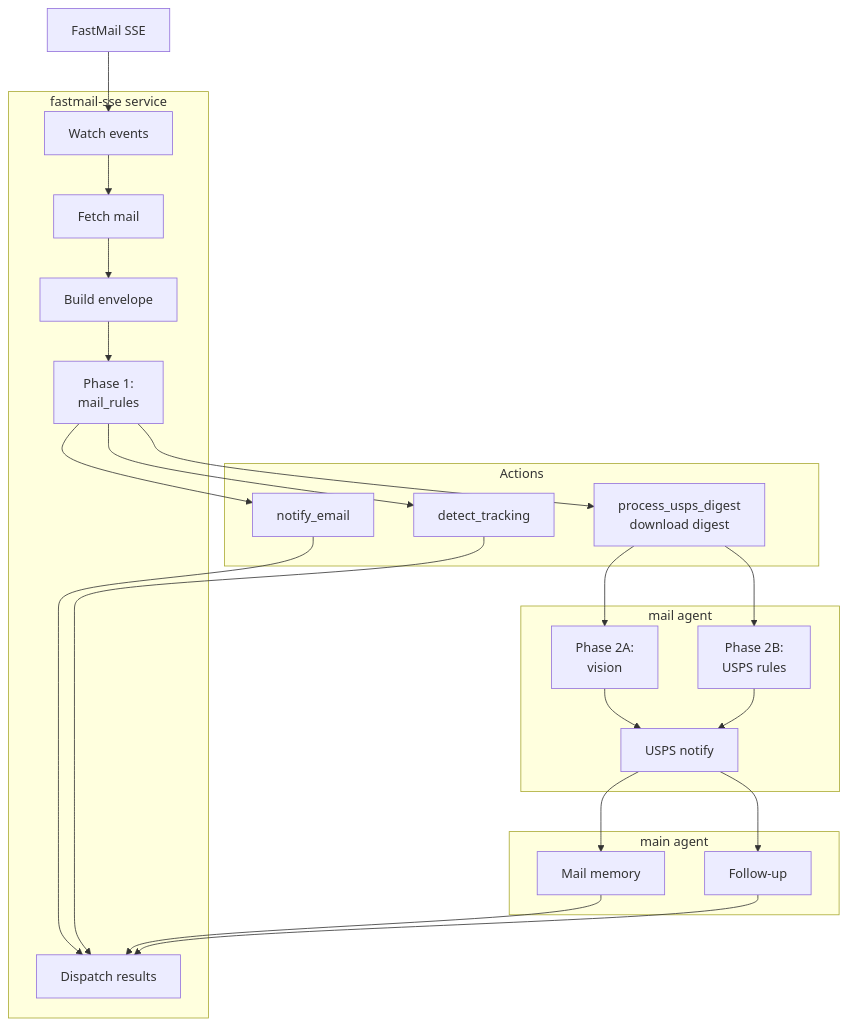
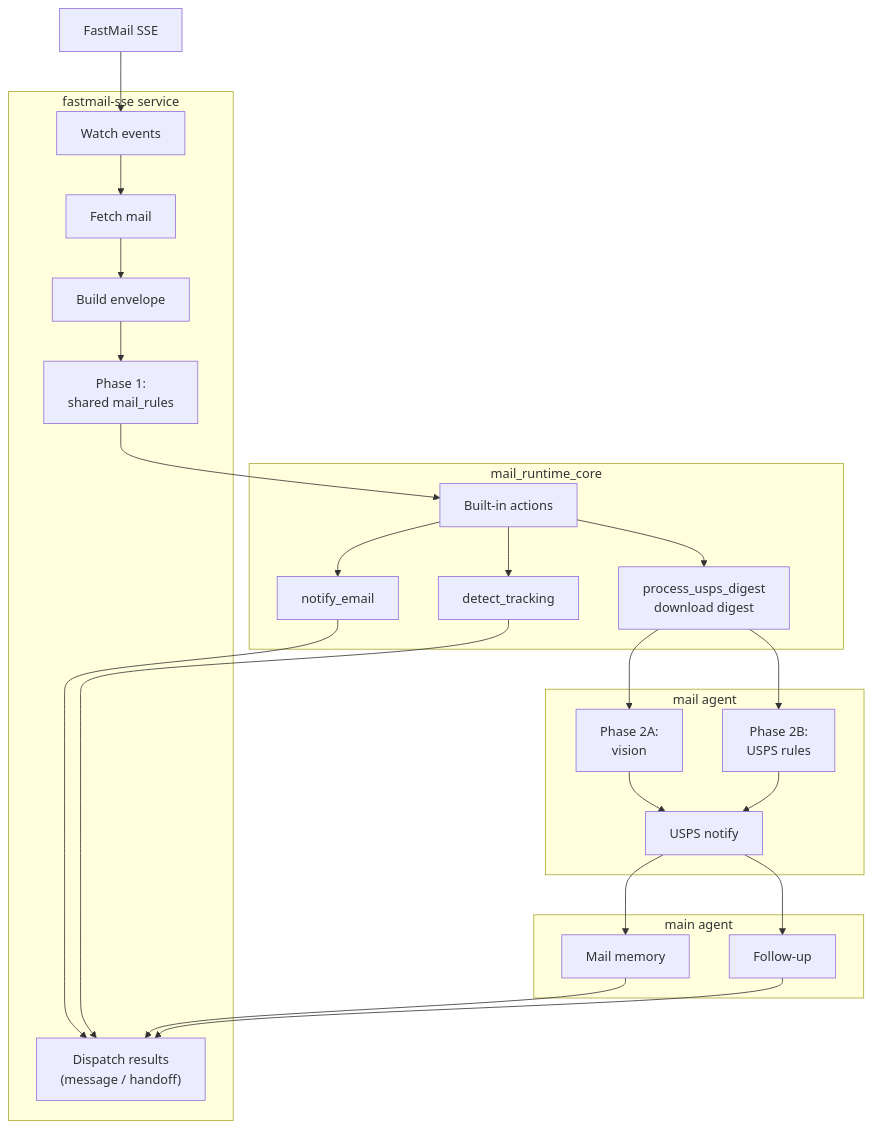
One commit to JeffSteinbok/octo-docs changed the diagram in docs/services/fastmail-sse.md. Above: the diagram before and after it, drawn with Mermaid. The commit also changed other lines of this file and 4 other files, not shown here.

````diff
--- a/docs/services/fastmail-sse.md
+++ b/docs/services/fastmail-sse.md
@@ -26,47 +26,49 @@
 ```mermaid
 flowchart TD
     fm["FastMail SSE"]
 
     subgraph sse["fastmail-sse service"]
         stream["Watch events"]
         fetch["Fetch mail"]
         env["Build envelope"]
-        match["Phase 1:<br/>mail_rules"]
-        dispatch["Dispatch results"]
+        match["Phase 1:<br/>shared mail_rules"]
+        dispatch["Dispatch results<br/>(message / handoff)"]
     end
 
-    subgraph actions["Actions"]
+    subgraph actions["mail_runtime_core"]
+        builtins["Built-in actions"]
         notify["notify_email"]
         track["detect_tracking"]
         usps["process_usps_digest<br/>download digest"]
     end
 
     subgraph mailagent["mail agent"]
         vision["Phase 2A:<br/>vision"]
         rules["Phase 2B:<br/>USPS rules"]
         uspsnotify["USPS notify"]
     end
 
     subgraph mainagent["main agent"]
         memory["Mail memory"]
         followup["Follow-up"]
     end
 
     fm --> stream --> fetch --> env --> match
-    match --> notify
-    match --> track
-    match --> usps
+    match --> builtins
+    builtins --> notify
+    builtins --> track
+    builtins --> usps
 
     notify --> dispatch
     track --> dispatch
 
     usps --> vision
     usps --> rules
     vision --> uspsnotify
     rules --> uspsnotify
     uspsnotify --> memory
     uspsnotify --> followup
 
     memory --> dispatch
     followup --> dispatch
 ```
````
